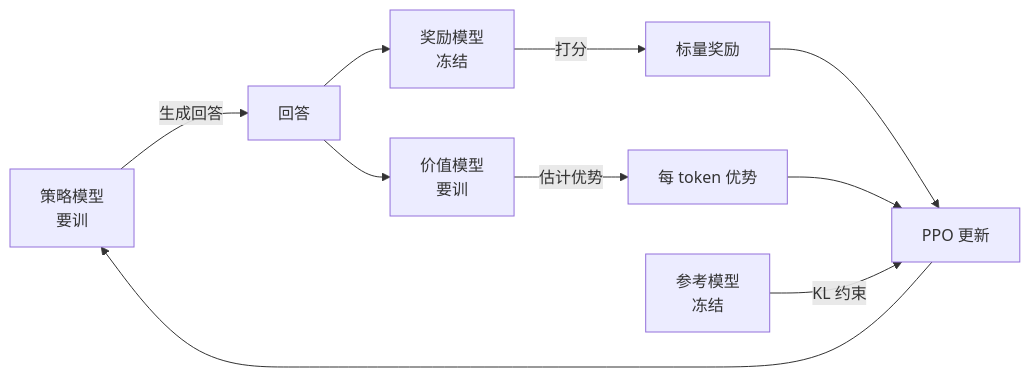
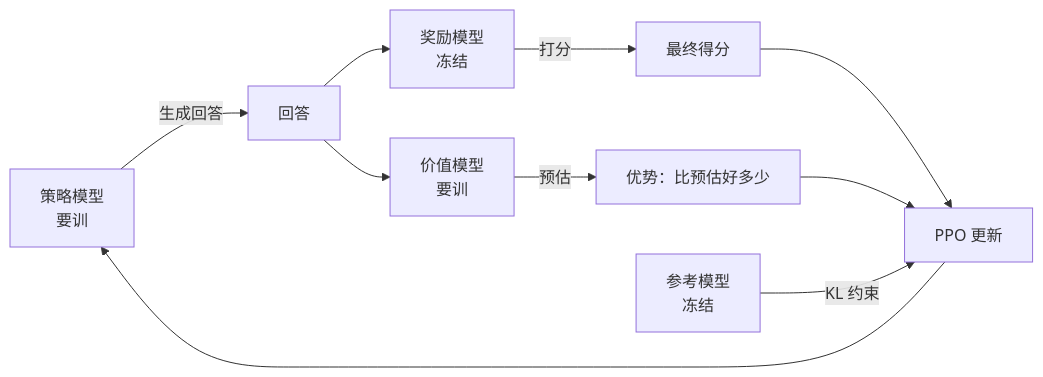
One commit to Laughingtt/agentkit changed the third of 6 diagrams in part-1-大模型基础/ch05-rlhf与对齐.md. Above: the diagram before and after it, drawn with Mermaid. The commit also changed other lines of this file, not shown here.

````diff
--- a/part-1-大模型基础/ch05-rlhf与对齐.md
+++ b/part-1-大模型基础/ch05-rlhf与对齐.md
@@ -137,12 +164,12 @@
 ```mermaid
 graph LR
     P[策略模型<br/>要训] -->|生成回答| X[回答]
     X --> R[奖励模型<br/>冻结]
-    R -->|打分| Score[标量奖励]
+    R -->|打分| Score[最终得分]
     X --> V[价值模型<br/>要训]
-    V -->|估计优势| Adv[每 token 优势]
+    V -->|预估| Adv[优势：比预估好多少]
     Score --> PPO[PPO 更新]
     Adv --> PPO
     Ref[参考模型<br/>冻结] -->|KL 约束| PPO
     PPO --> P
 ```
````
